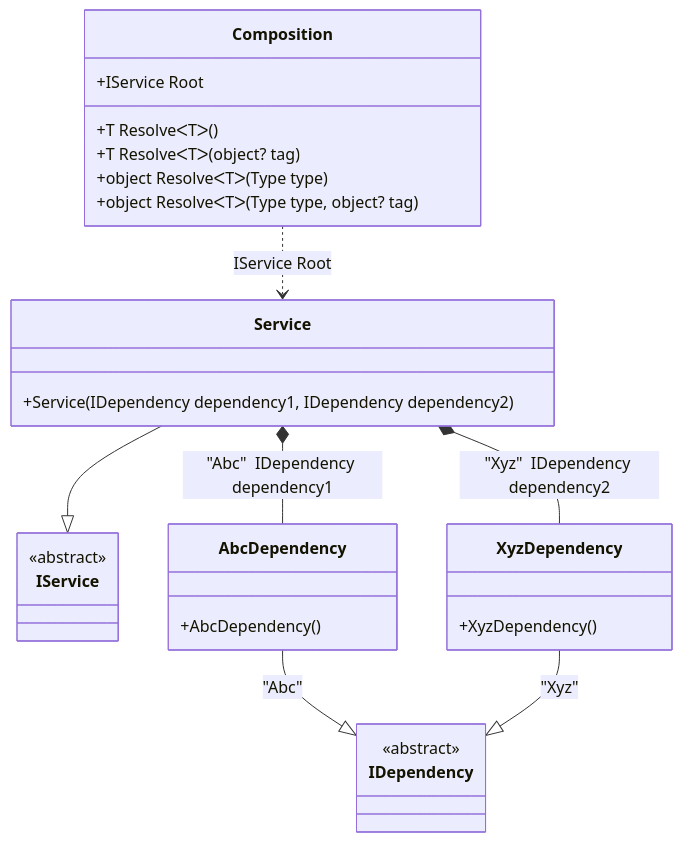
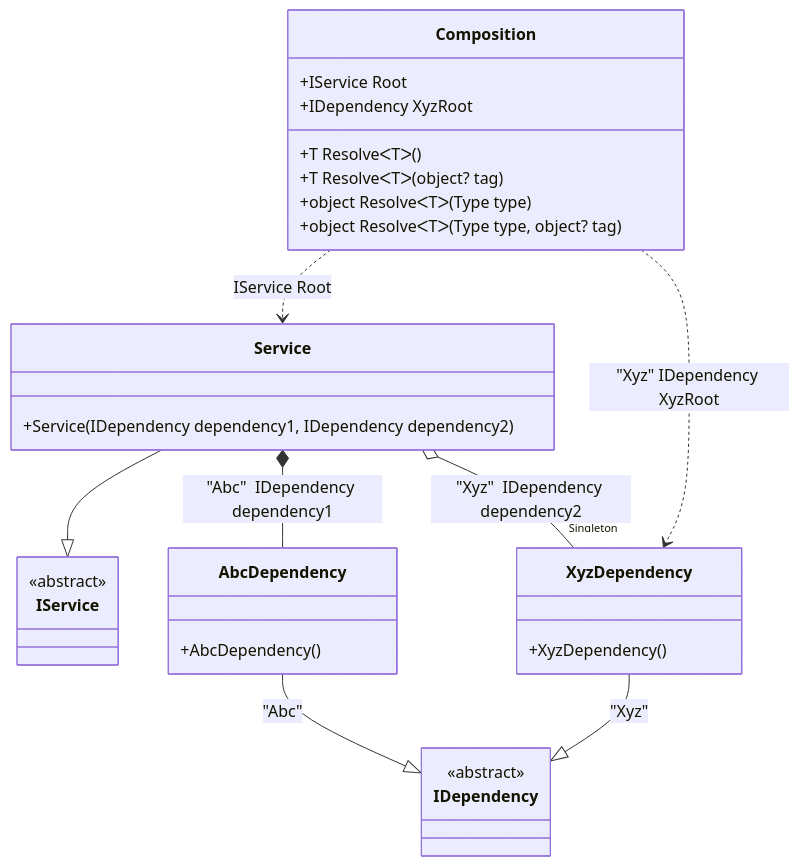
The diagram in readme/tags.md (DevTeam/Pure.DI), drawn with Mermaid before and after one commit. The commit also changed other lines of this file and 46 other files, not shown here.

````diff
--- a/readme/tags.md
+++ b/readme/tags.md
@@ -52,31 +57,33 @@
 ```mermaid
 classDiagram
   class Composition {
     +IService Root
+    +IDependency XyzRoot
     +T ResolveᐸTᐳ()
     +T ResolveᐸTᐳ(object? tag)
     +object ResolveᐸTᐳ(Type type)
     +object ResolveᐸTᐳ(Type type, object? tag)
   }
   Service --|> IService : 
   class Service {
     +Service(IDependency dependency1, IDependency dependency2)
   }
   AbcDependency --|> IDependency : "Abc" 
   class AbcDependency {
     +AbcDependency()
   }
   XyzDependency --|> IDependency : "Xyz" 
   class XyzDependency {
     +XyzDependency()
   }
   class IService {
     <<abstract>>
   }
   class IDependency {
     <<abstract>>
   }
   Service *--  AbcDependency : "Abc"  IDependency dependency1
-  Service *--  XyzDependency : "Xyz"  IDependency dependency2
+  Service o--  "Singleton" XyzDependency : "Xyz"  IDependency dependency2
+  Composition ..> XyzDependency : "Xyz" IDependency XyzRoot
   Composition ..> Service : IService Root
 ```
````
